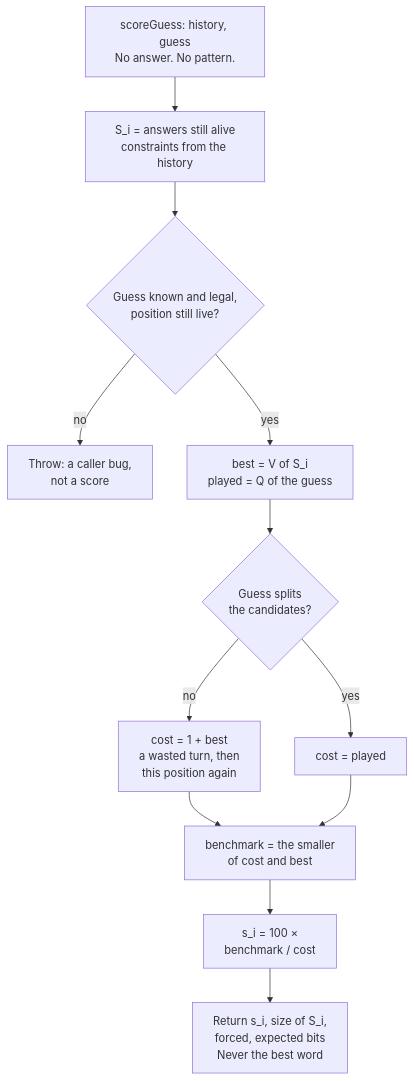
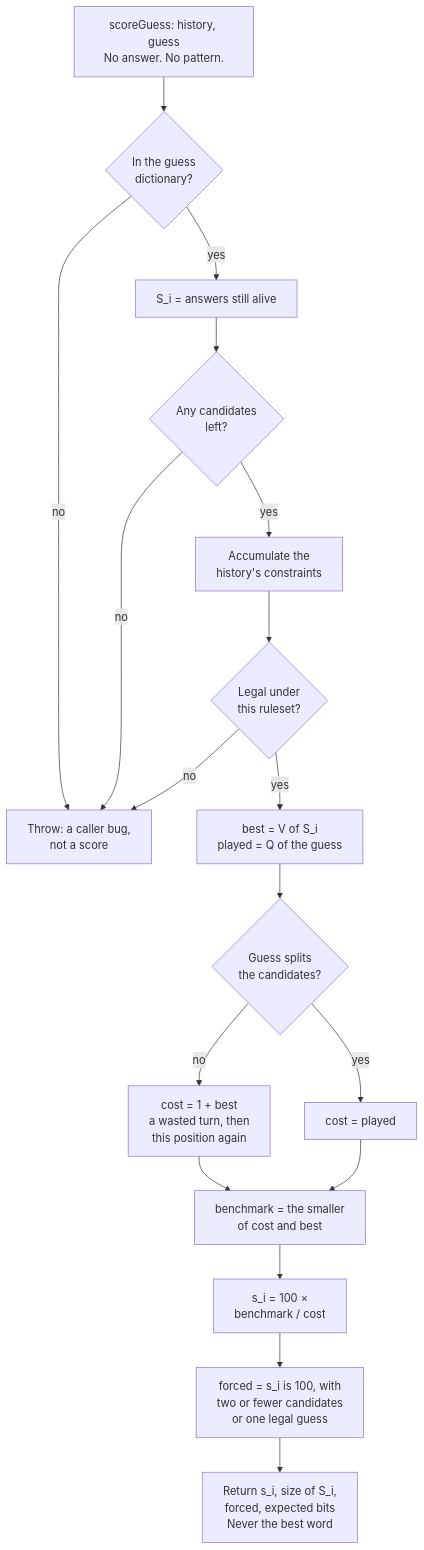
The second of 3 diagrams in docs/scoring.md (k-electron/par), drawn with Mermaid before and after one commit. The commit also changed other lines of this file, not shown here.

First line of the commit message:
docs(scoring): reconcile the flowcharts with the code, node by node

````diff
--- a/docs/scoring.md
+++ b/docs/scoring.md
@@ -77,15 +84,21 @@
 ```mermaid
 flowchart TD
     Call["scoreGuess: history, guess<br>No answer. No pattern."]
-    Call --> Alive["S_i = answers still alive<br>constraints from the history"]
-    Alive --> Legal{"Guess known and legal,<br>position still live?"}
-    Legal -- no --> Throw["Throw: a caller bug,<br>not a score"]
+    Call --> Known{"In the guess<br>dictionary?"}
+    Known -- no --> Throw["Throw: a caller bug,<br>not a score"]
+    Known -- yes --> Alive["S_i = answers still alive"]
+    Alive --> Live{"Any candidates<br>left?"}
+    Live -- no --> Throw
+    Live -- yes --> Cons["Accumulate the<br>history's constraints"]
+    Cons --> Legal{"Legal under<br>this ruleset?"}
+    Legal -- no --> Throw
     Legal -- yes --> Search["best = V of S_i<br>played = Q of the guess"]
     Search --> Splits{"Guess splits<br>the candidates?"}
     Splits -- no --> Wasted["cost = 1 + best<br>a wasted turn, then<br>this position again"]
     Splits -- yes --> Played["cost = played"]
     Wasted --> Bench["benchmark = the smaller<br>of cost and best"]
     Played --> Bench
     Bench --> Ratio["s_i = 100 ×<br>benchmark / cost"]
-    Ratio --> Give["Return s_i, size of S_i,<br>forced, expected bits<br>Never the best word"]
+    Ratio --> Forced["forced = s_i is 100, with<br>two or fewer candidates<br>or one legal guess"]
+    Forced --> Give["Return s_i, size of S_i,<br>forced, expected bits<br>Never the best word"]
 ```
````
